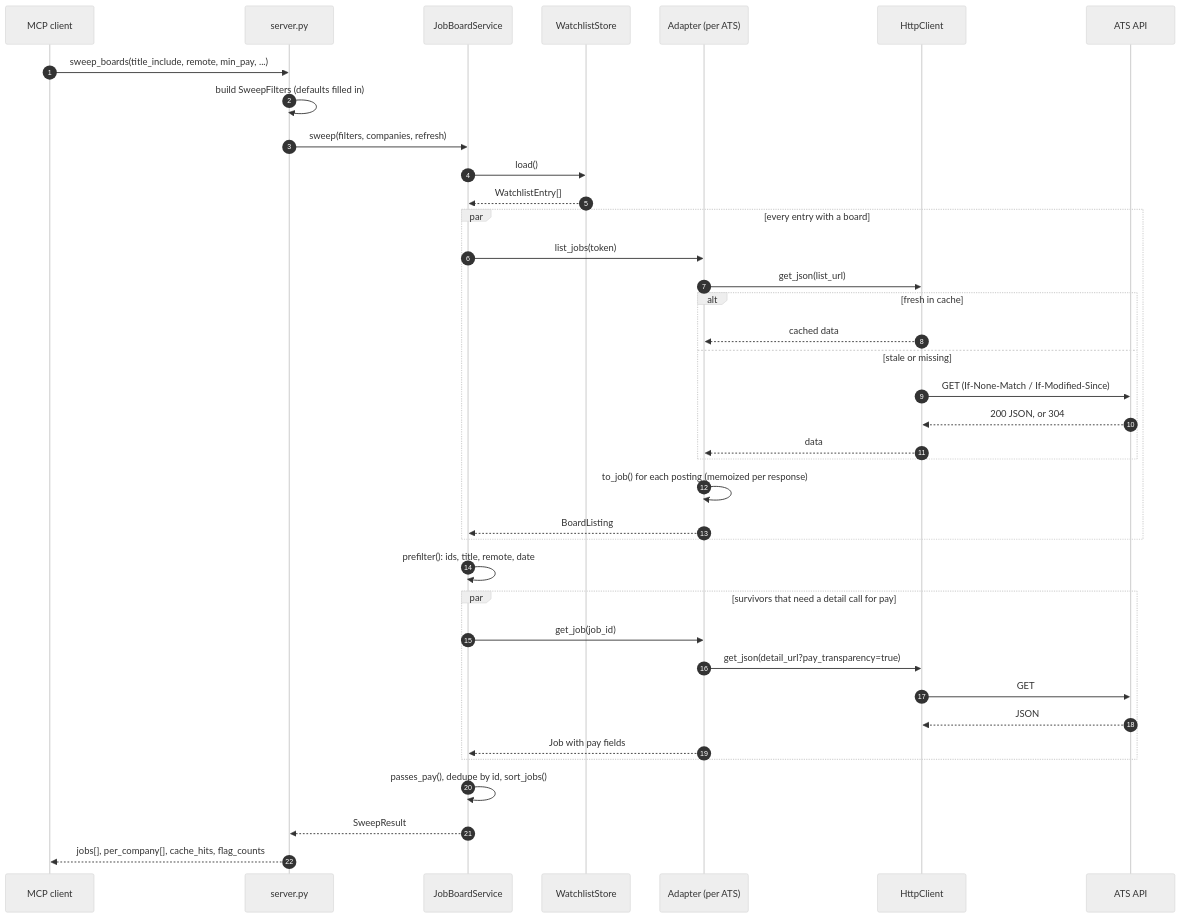
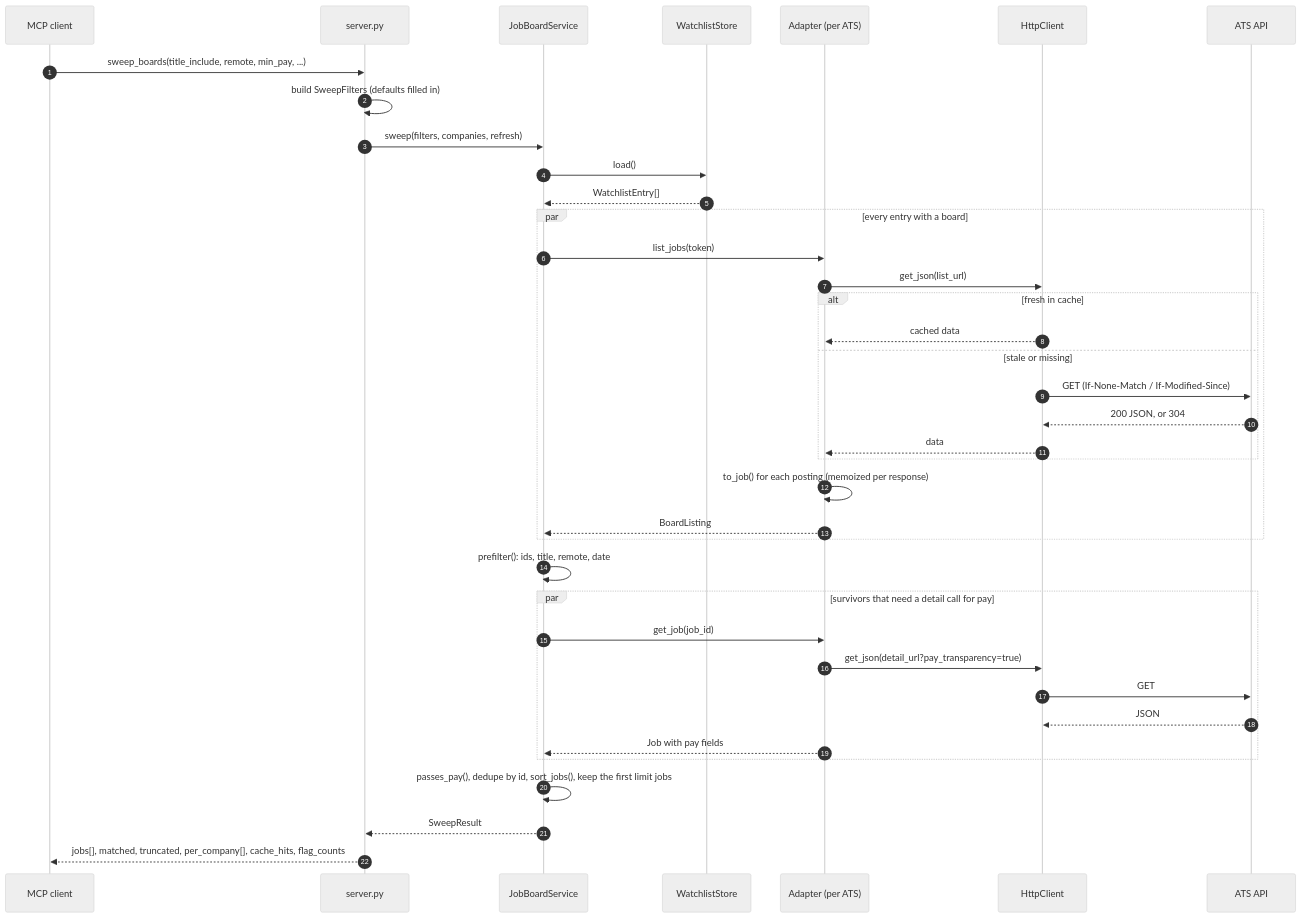
Before and after one commit to HakujouRyu/jobboard-mcp: the third of 7 diagrams in docs/architecture.md, drawn with Mermaid (neutral theme). The commit also changed other lines of this file and 7 other files, not shown here.

````diff
--- a/docs/architecture.md
+++ b/docs/architecture.md
@@ -110,45 +110,45 @@
 ```mermaid
 sequenceDiagram
     autonumber
     participant C as MCP client
     participant S as server.py
     participant Svc as JobBoardService
     participant W as WatchlistStore
     participant A as Adapter (per ATS)
     participant H as HttpClient
     participant API as ATS API
 
     C->>S: sweep_boards(title_include, remote, min_pay, ...)
     S->>S: build SweepFilters (defaults filled in)
     S->>Svc: sweep(filters, companies, refresh)
     Svc->>W: load()
     W-->>Svc: WatchlistEntry[]
 
     par every entry with a board
         Svc->>A: list_jobs(token)
         A->>H: get_json(list_url)
         alt fresh in cache
             H-->>A: cached data
         else stale or missing
             H->>API: GET (If-None-Match / If-Modified-Since)
             API-->>H: 200 JSON, or 304
             H-->>A: data
         end
         A->>A: to_job() for each posting (memoized per response)
         A-->>Svc: BoardListing
     end
 
     Svc->>Svc: prefilter(): ids, title, remote, date
 
     par survivors that need a detail call for pay
         Svc->>A: get_job(job_id)
         A->>H: get_json(detail_url?pay_transparency=true)
         H->>API: GET
         API-->>H: JSON
         A-->>Svc: Job with pay fields
     end
 
-    Svc->>Svc: passes_pay(), dedupe by id, sort_jobs()
+    Svc->>Svc: passes_pay(), dedupe by id, sort_jobs(), keep the first limit jobs
     Svc-->>S: SweepResult
-    S-->>C: jobs[], per_company[], cache_hits, flag_counts
+    S-->>C: jobs[], matched, truncated, per_company[], cache_hits, flag_counts
 ```
````
